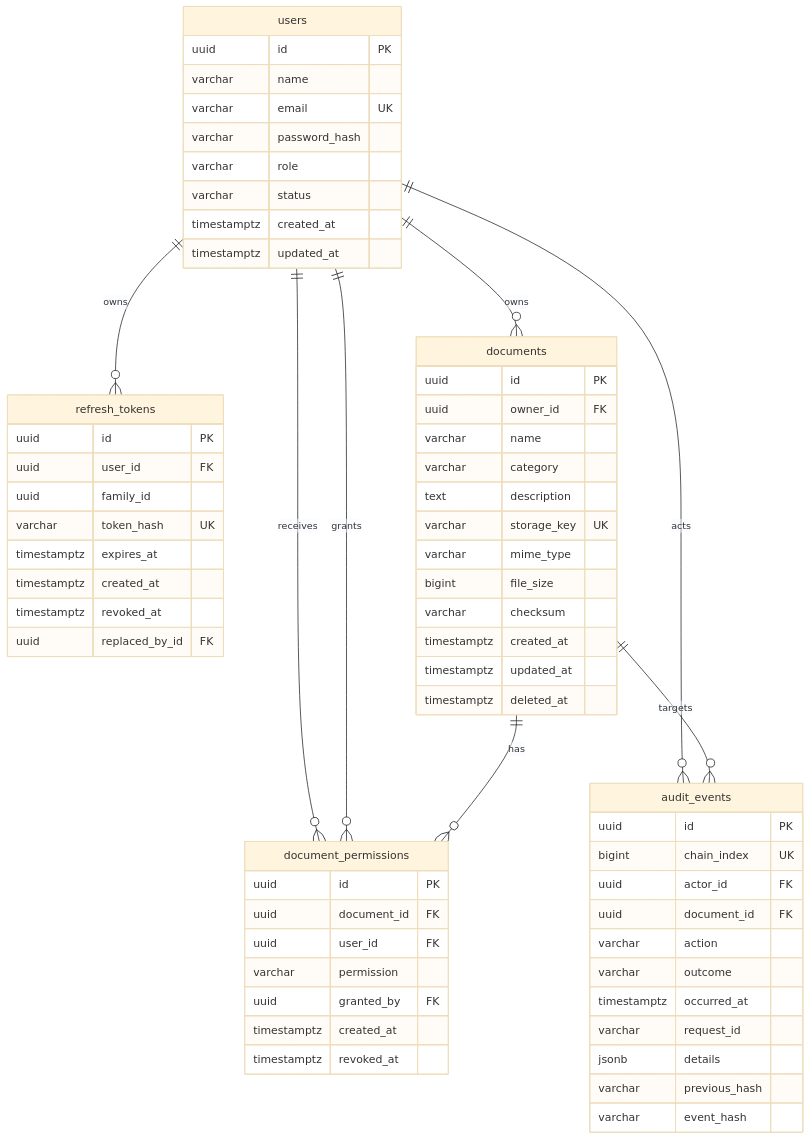
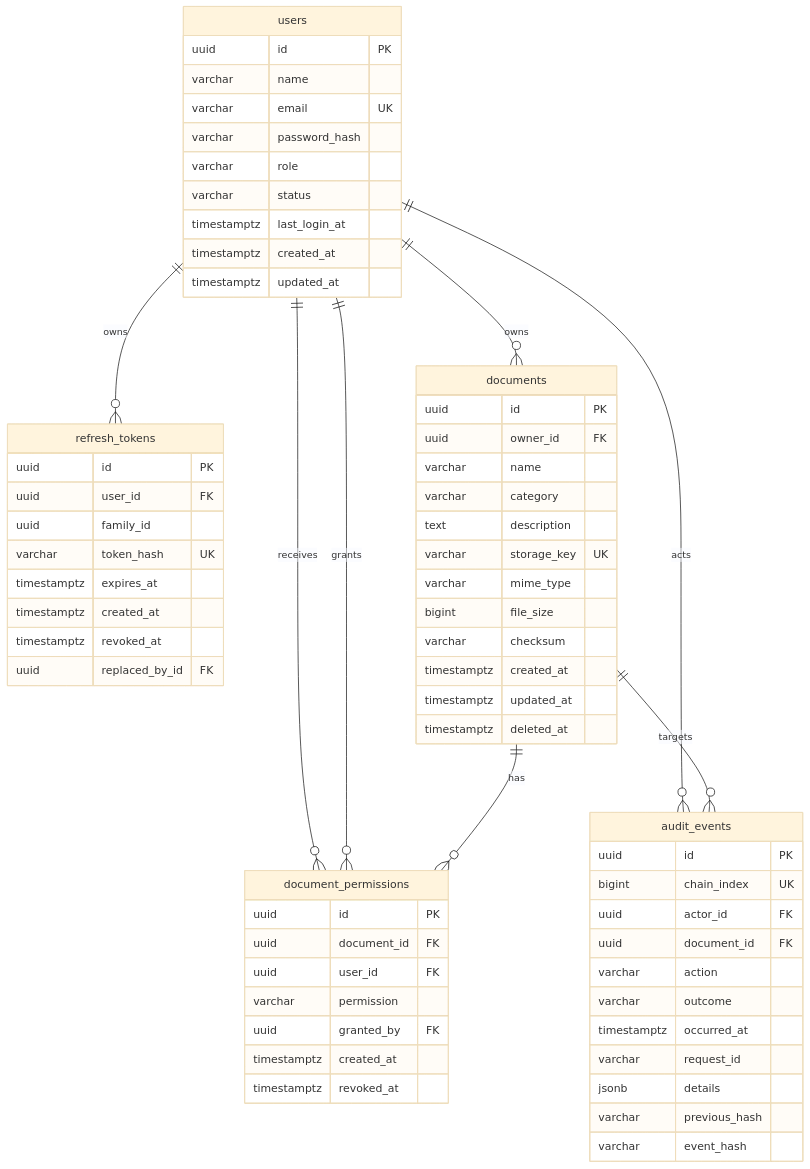
The diagram in docs/DATABASE.md (saisankeerth27/TrustVault), drawn with Mermaid (base theme) before and after one commit. The commit also changed other lines of this file and 56 other files, not shown here.

````diff
--- a/docs/DATABASE.md
+++ b/docs/DATABASE.md
@@ -9,71 +9,72 @@
 ```mermaid
 erDiagram
     users ||--o{ refresh_tokens : owns
     users ||--o{ documents : owns
     users ||--o{ document_permissions : receives
     users ||--o{ document_permissions : grants
     documents ||--o{ document_permissions : has
     users ||--o{ audit_events : acts
     documents ||--o{ audit_events : targets
 
     users {
         uuid id PK
         varchar name
         varchar email UK
         varchar password_hash
         varchar role
         varchar status
+        timestamptz last_login_at
         timestamptz created_at
         timestamptz updated_at
     }
 
     refresh_tokens {
         uuid id PK
         uuid user_id FK
         uuid family_id
         varchar token_hash UK
         timestamptz expires_at
         timestamptz created_at
         timestamptz revoked_at
         uuid replaced_by_id FK
     }
 
     documents {
         uuid id PK
         uuid owner_id FK
         varchar name
         varchar category
         text description
         varchar storage_key UK
         varchar mime_type
         bigint file_size
         varchar checksum
         timestamptz created_at
         timestamptz updated_at
         timestamptz deleted_at
     }
 
     document_permissions {
         uuid id PK
         uuid document_id FK
         uuid user_id FK
         varchar permission
         uuid granted_by FK
         timestamptz created_at
         timestamptz revoked_at
     }
 
     audit_events {
         uuid id PK
         bigint chain_index UK
         uuid actor_id FK
         uuid document_id FK
         varchar action
         varchar outcome
         timestamptz occurred_at
         varchar request_id
         jsonb details
         varchar previous_hash
         varchar event_hash
     }
 ```
````
